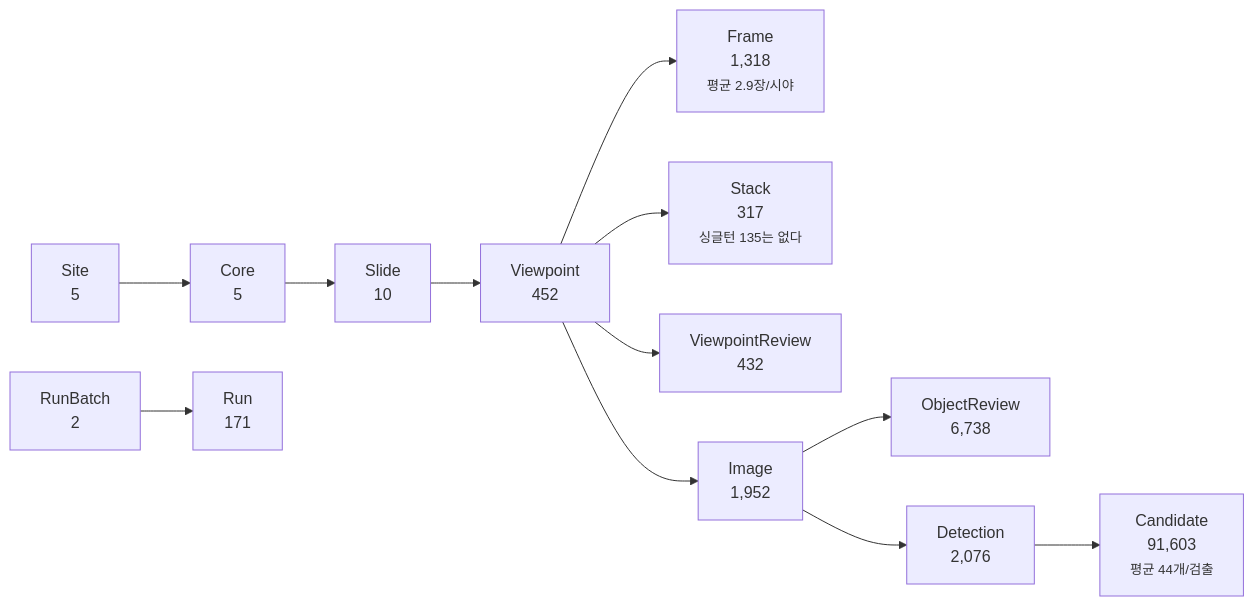
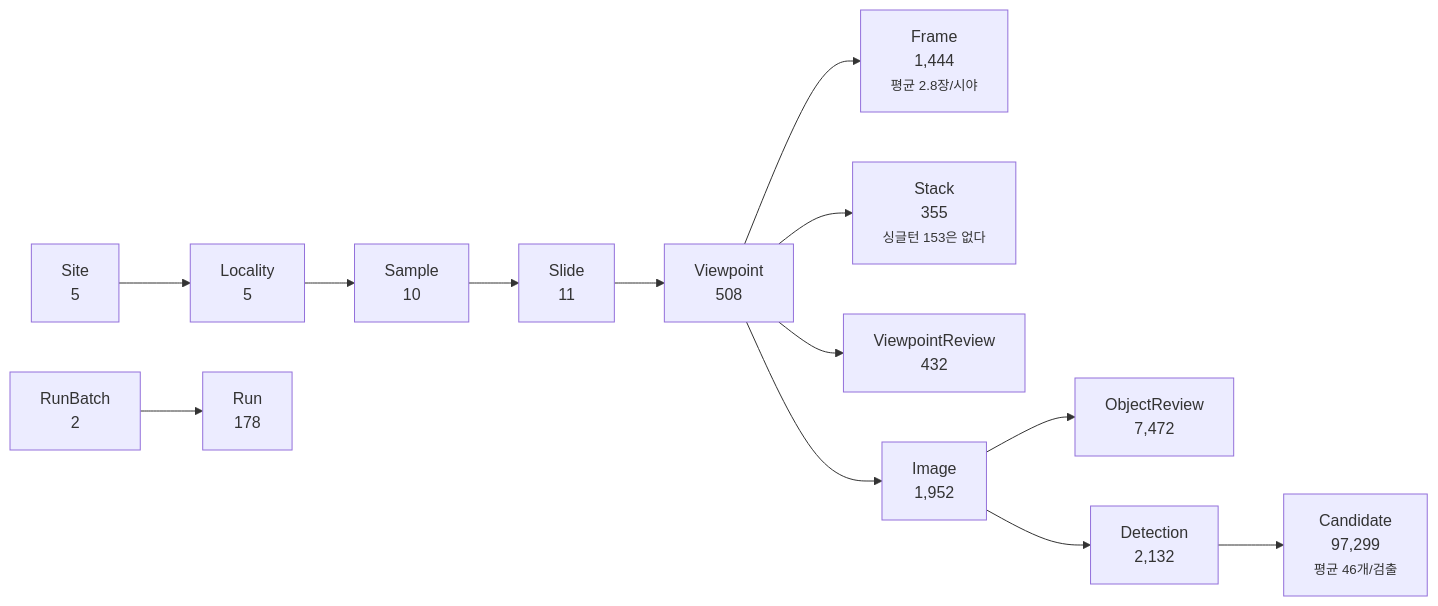
Before and after one commit to jikhanjung/DiaRUGA: the fifth of 5 diagrams in docs/20260804_db-erd-poster.md, drawn with Mermaid. The commit also changed other lines of this file and 21 other files, not shown here.

First line of the commit message:
문서를 새 층에 맞춘다 — devlog 063, HANDOFF·TODOs·CLAUDE·DB 명세·ERD

````diff
--- a/docs/20260804_db-erd-poster.md
+++ b/docs/20260804_db-erd-poster.md
@@ -145,11 +147,11 @@
 ```mermaid
 flowchart LR
-    S["Site<br/>5"] --> C["Core<br/>5"] --> SL["Slide<br/>10"] --> VP["Viewpoint<br/>452"]
-    VP --> F["Frame<br/>1,318<br/><small>평균 2.9장/시야</small>"]
-    VP --> ST["Stack<br/>317<br/><small>싱글턴 135는 없다</small>"]
+    S["Site<br/>5"] --> C["Locality<br/>5"] --> SM["Sample<br/>10"] --> SL["Slide<br/>11"] --> VP["Viewpoint<br/>508"]
+    VP --> F["Frame<br/>1,444<br/><small>평균 2.8장/시야</small>"]
+    VP --> ST["Stack<br/>355<br/><small>싱글턴 153은 없다</small>"]
     VP --> VR["ViewpointReview<br/>432"]
     VP --> IM["Image<br/>1,952"]
-    IM --> OR["ObjectReview<br/>6,738"]
-    IM --> D["Detection<br/>2,076"] --> CA["Candidate<br/>91,603<br/><small>평균 44개/검출</small>"]
-    RB["RunBatch<br/>2"] --> R["Run<br/>171"]
+    IM --> OR["ObjectReview<br/>7,472"]
+    IM --> D["Detection<br/>2,132"] --> CA["Candidate<br/>97,299<br/><small>평균 46개/검출</small>"]
+    RB["RunBatch<br/>2"] --> R["Run<br/>178"]
 ```
````
